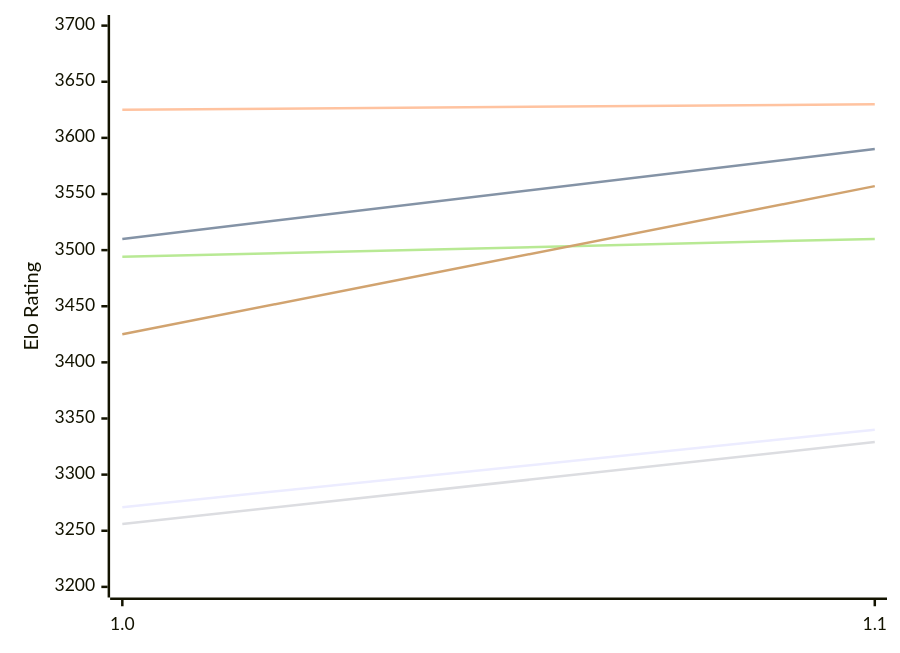
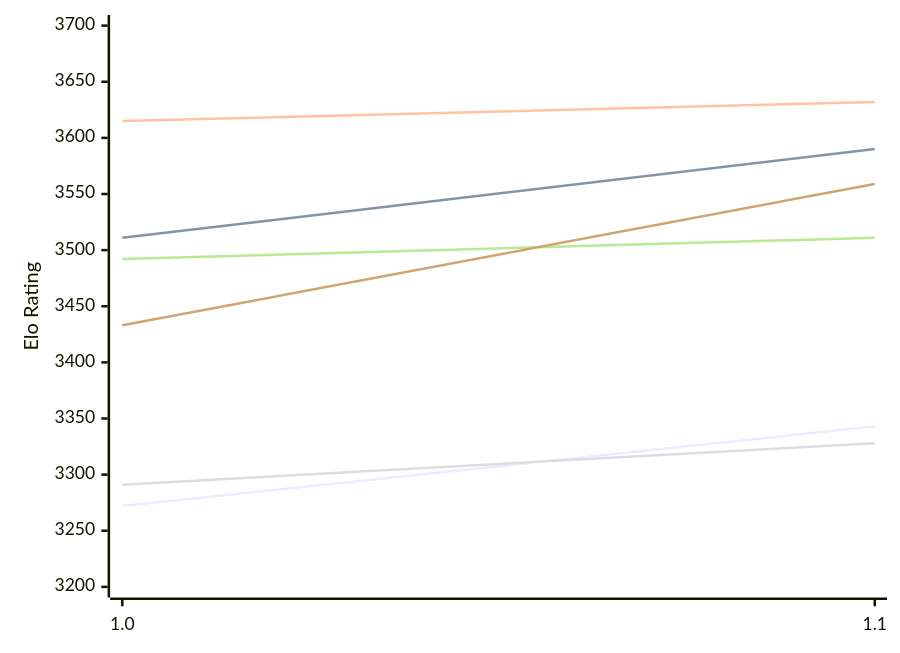
The first of 2 diagrams in engines/Horsie.md (computer-chess-index/cci), drawn with Mermaid before and after one commit. The commit also changed other lines of this file, not shown here.

Commit message:
Update CCI Ratings (ELO VLTC) - 2026-11-17

````diff
--- a/engines/Horsie.md
+++ b/engines/Horsie.md
@@ -50,12 +50,12 @@
 ```mermaid
 %%{init: {"theme":"base","themeVariables":{"seriesColors:['#a3a3a3','#222221','#faa371']}}}%%
 xychart-beta
   x-axis ["1.0", "1.1"]
   y-axis "Elo Rating" 3200 --> 3700
-  line "E1: STC (8.0+0.08s)" [3271, 3340]
-  line "E1: LTC (60.0+0.60s)" [3510, 3590]
-  line "E1: VLTC (2m24s+1.12s)" [3625, 3630]
-  line "P1: STC (8.0+0.08s)" [3256, 3329]
-  line "P1: LTC (60.0+0.60s)" [3494, 3510]
-  line "P1: VLTC (2m24s+1.12s)" [3425, 3557]
+  line "E1: STC (8.0+0.08s)" [3272, 3343]
+  line "E1: LTC (60.0+0.60s)" [3511, 3590]
+  line "E1: VLTC (2m24s+1.12s)" [3615, 3632]
+  line "P1: STC (8.0+0.08s)" [3291, 3328]
+  line "P1: LTC (60.0+0.60s)" [3492, 3511]
+  line "P1: VLTC (2m24s+1.12s)" [3433, 3559]
 ```
````
